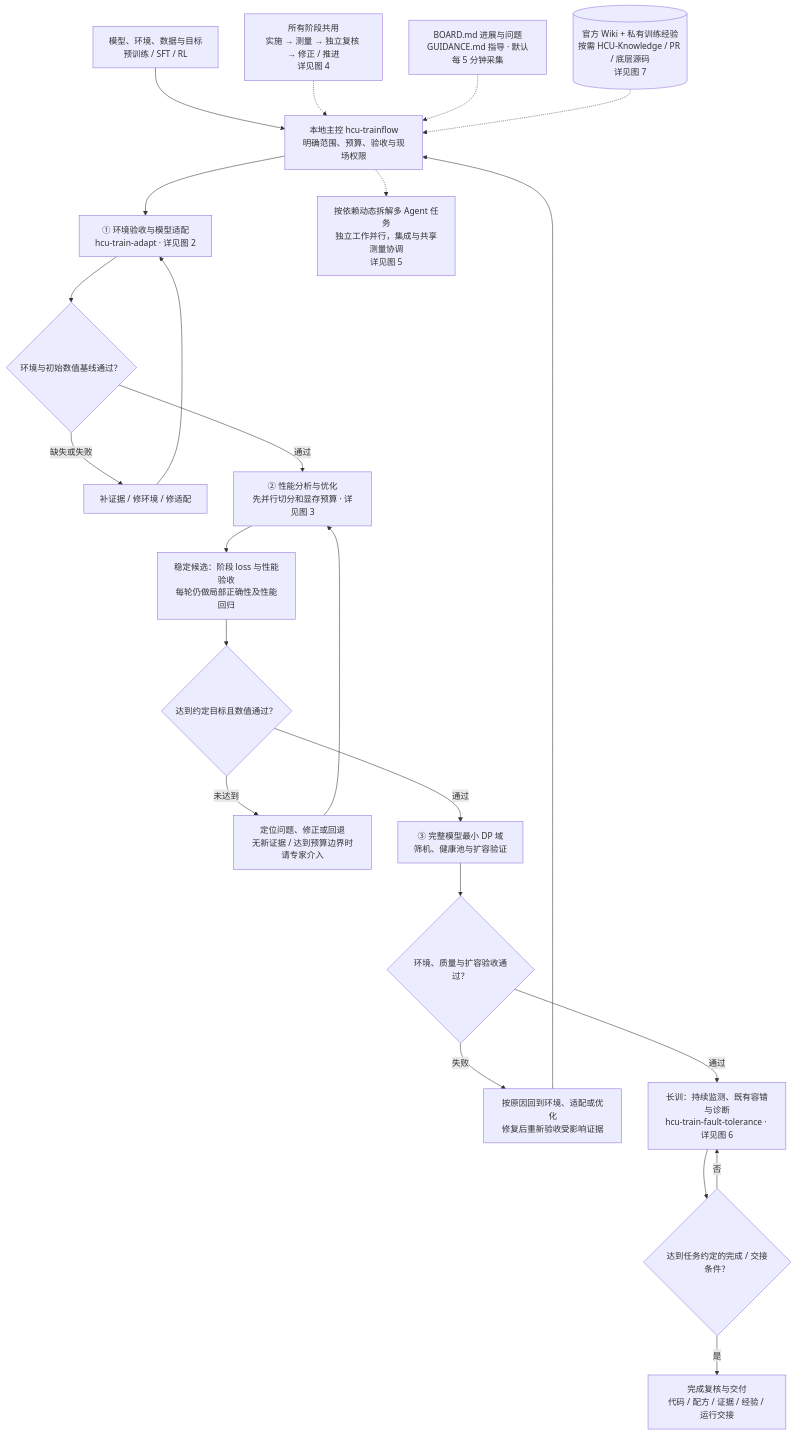
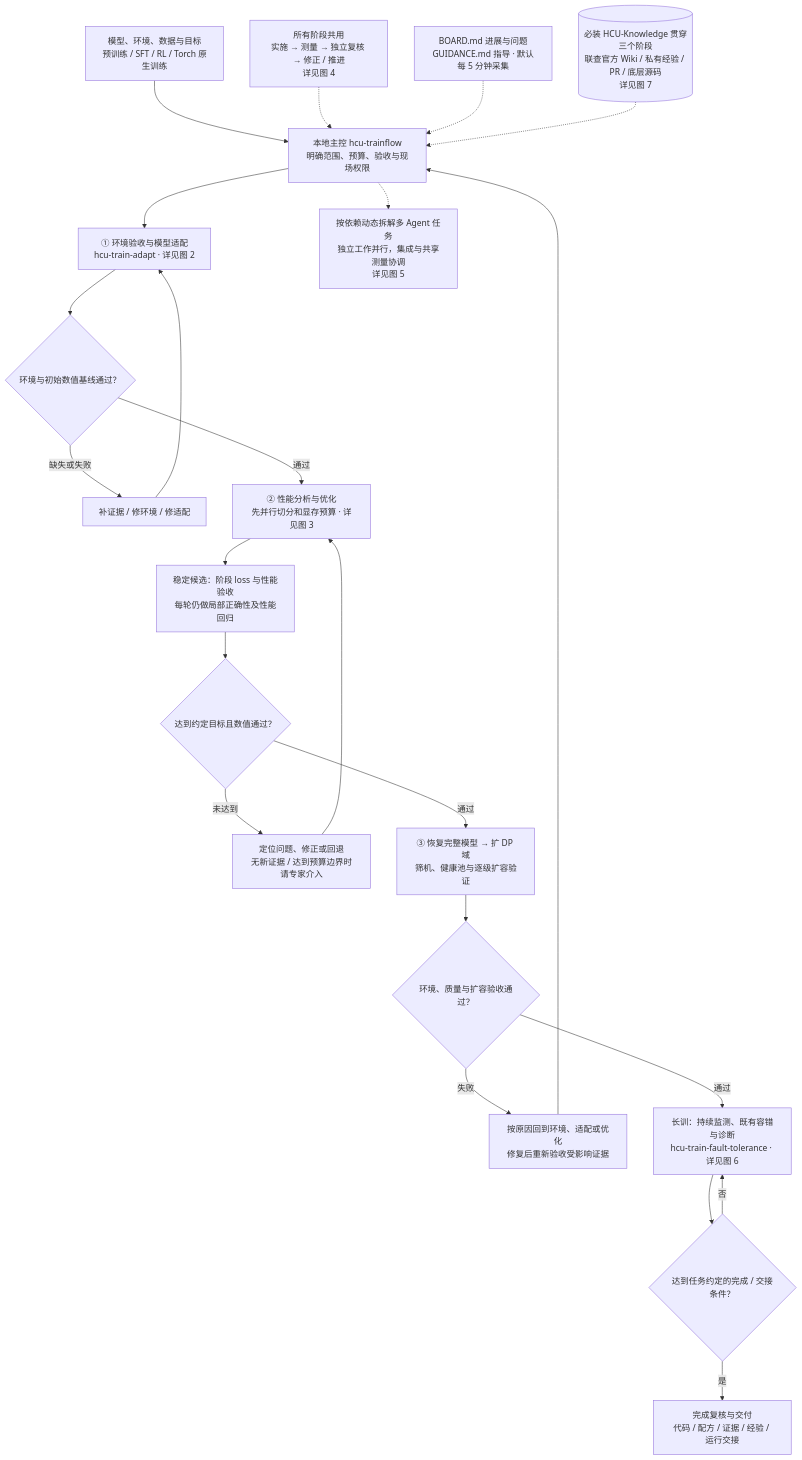
Before and after one commit to yuguo-Jack/HCU-TrainFlow: the first of 12 diagrams in docs/workflow-map.md, drawn with Mermaid. The commit also changed other lines of this file and 32 other files, not shown here.

Commit message:
Strengthen Torch training and communication workflows with required HCU knowledge setup

````diff
--- a/docs/workflow-map.md
+++ b/docs/workflow-map.md
@@ -11,25 +11,25 @@
 ```mermaid
 flowchart TD
-    U["模型、环境、数据与目标<br/>预训练 / SFT / RL"] --> C["本地主控 hcu-trainflow<br/>明确范围、预算、验收与现场权限"]
+    U["模型、环境、数据与目标<br/>预训练 / SFT / RL / Torch 原生训练"] --> C["本地主控 hcu-trainflow<br/>明确范围、预算、验收与现场权限"]
     C --> A["① 环境验收与模型适配<br/>hcu-train-adapt · 详见图 2"]
     A --> AG{"环境与初始数值基线通过？"}
     AG -->|缺失或失败| AR["补证据 / 修环境 / 修适配"]
     AR --> A
     AG -->|通过| O["② 性能分析与优化<br/>先并行切分和显存预算 · 详见图 3"]
     O --> Q["稳定候选：阶段 loss 与性能验收<br/>每轮仍做局部正确性及性能回归"]
     Q --> QG{"达到约定目标且数值通过？"}
     QG -->|未达到| OR["定位问题、修正或回退<br/>无新证据 / 达到预算边界时请专家介入"]
     OR --> O
-    QG -->|通过| S["③ 完整模型最小 DP 域<br/>筛机、健康池与扩容验证"]
+    QG -->|通过| S["③ 恢复完整模型 → 扩 DP 域<br/>筛机、健康池与逐级扩容验证"]
     S --> SG{"环境、质量与扩容验收通过？"}
     SG -->|失败| SR["按原因回到环境、适配或优化<br/>修复后重新验收受影响证据"]
     SR --> C
     SG -->|通过| T["长训：持续监测、既有容错与诊断<br/>hcu-train-fault-tolerance · 详见图 6"]
     T --> TG{"达到任务约定的完成 / 交接条件？"}
     TG -->|否| T
     TG -->|是| Z["完成复核与交付<br/>代码 / 配方 / 证据 / 经验 / 运行交接"]
     LOOP["所有阶段共用<br/>实施 → 测量 → 独立复核 → 修正 / 推进<br/>详见图 4"] -.-> C
     H["BOARD.md 进展与问题<br/>GUIDANCE.md 指导 · 默认每 5 分钟采集"] -.-> C
-    K[("官方 Wiki + 私有训练经验<br/>按需 HCU-Knowledge / PR / 底层源码<br/>详见图 7")] -.-> C
+    K[("必装 HCU-Knowledge 贯穿三个阶段<br/>联查官方 Wiki / 私有经验 / PR / 底层源码<br/>详见图 7")] -.-> C
     C -.-> TEAM["按依赖动态拆解多 Agent 任务<br/>独立工作并行，集成与共享测量协调<br/>详见图 5"]
 ```
````
